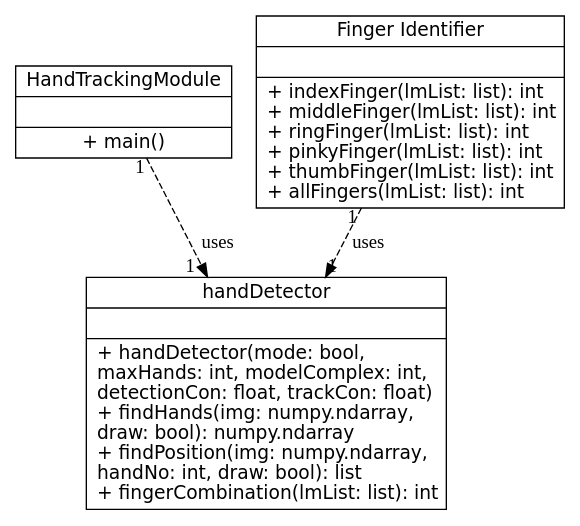
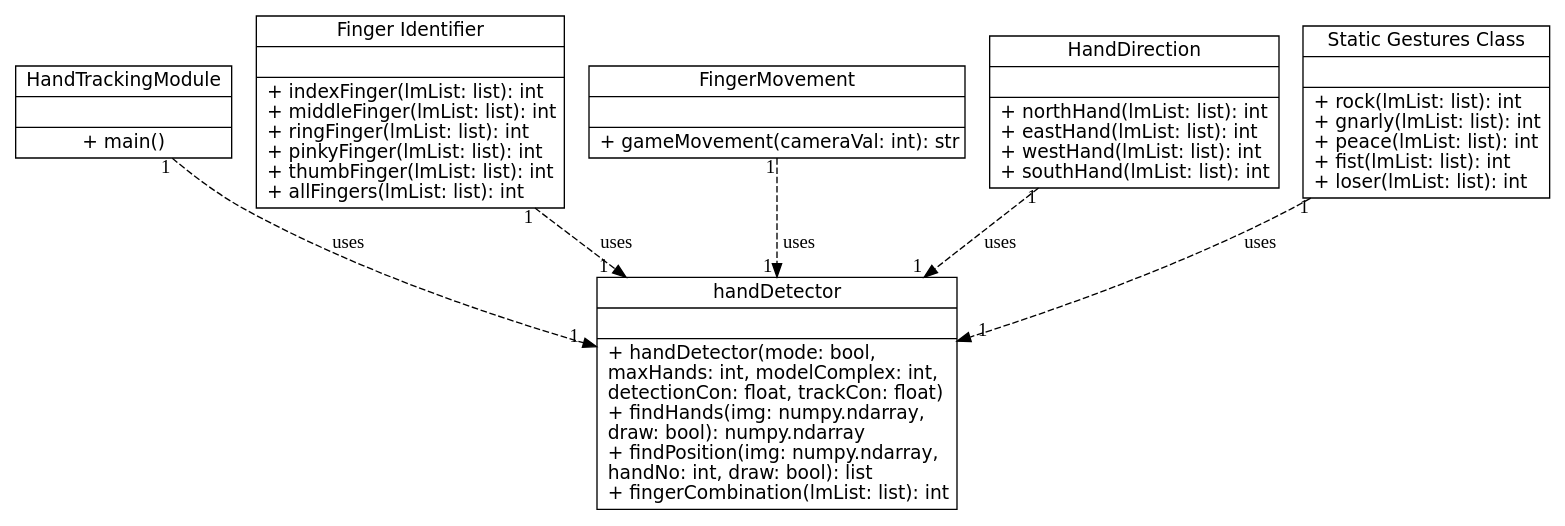
Before and after one commit to CIS3296SoftwareDesignF21/prj-03-gaming-with-gestures: the diagram in Gestures.UML.dot, drawn with Graphviz. The commit also changed 1 other file, not shown here.

Commit message:
uml up to 5 static gestures

```diff
--- a/Gestures.UML.dot
+++ b/Gestures.UML.dot
@@ -1,35 +1,64 @@
 digraph GamingWithGestures {
     node [
         shape = "record"
         fontname = "Verdana,DejaVu Sans,Bitstream Vera Sans"
     ];
 
     HandTrackingModule [
         label = "{\N||+
             main()
         }";
     ];
 
     handDetector [
         label = "{\N||+
             handDetector(mode: bool,\l maxHands: int, modelComplex: int,\l detectionCon: float, trackCon: float)\l+
             findHands(img: numpy.ndarray,\l draw: bool): numpy.ndarray\l+
             findPosition(img: numpy.ndarray,\l handNo: int, draw: bool): list\l+
             fingerCombination(lmList: list): int\l
         }"
     ]
 
     FingerIdentifier [
         label = "{Finger Identifier||+
             indexFinger(lmList: list): int\l+
             middleFinger(lmList: list): int\l+
             ringFinger(lmList: list): int\l+
             pinkyFinger(lmList: list): int\l+
             thumbFinger(lmList: list): int\l+
             allFingers(lmList: list): int\l
         }"
     ];
 
-    HandTrackingModule -> handDetector [style="dashed", taillabel="1", label="uses", headlabel="1  "];
-    FingerIdentifier -> handDetector [style="dashed", taillabel="1 ", label="uses", headlabel="1"];
+    FingerMovement [
+        label = "{\N||+
+            gameMovement(cameraVal: int): str\l
+        }"
+    ]
+
+    HandDirection [
+        label = "{\N||+
+            northHand(lmList: list): int\l+
+            eastHand(lmList: list): int\l+
+            westHand(lmList: list): int\l+
+            southHand(lmList: list): int\l
+        }"
+    ];
+
+    StaticGesturesClass [
+        label = "{Static Gestures Class||+
+            rock(lmList: list): int\l+
+            gnarly(lmList: list): int\l+
+            peace(lmList: list): int\l+
+            fist(lmList: list): int\l+
+            loser(lmList: list): int\l
+        }"
+    ]
+
+    HandTrackingModule -> handDetector [style="dashed", taillabel="1", label="uses", headlabel="1   "];
+    FingerIdentifier -> handDetector [style="dashed", taillabel="1", label="uses", headlabel="1   "];
+    FingerMovement -> handDetector [style="dashed", taillabel="1", label="uses", headlabel="1 "];
+    HandDirection -> handDetector [style="dashed", taillabel="1", label="uses", headlabel="1"];
+    StaticGesturesClass -> handDetector [style="dashed", taillabel="1", label="uses", headlabel="    1"];
+    
 }
```
